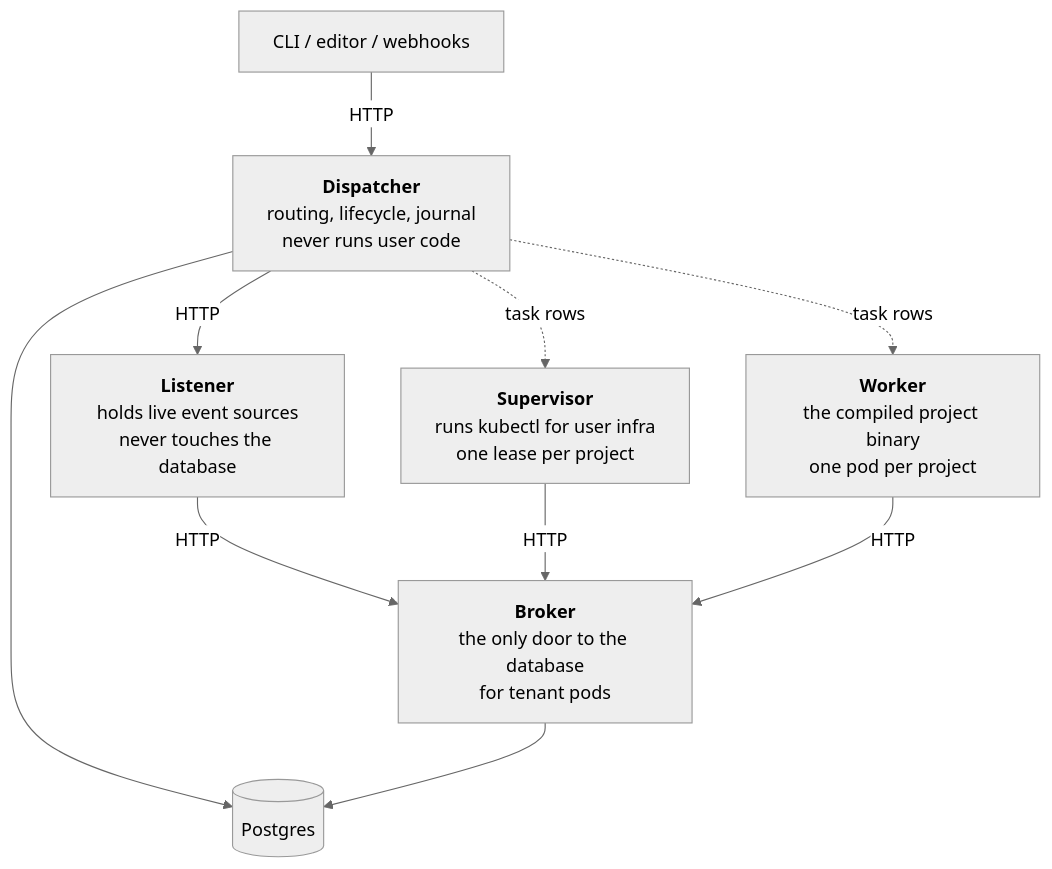
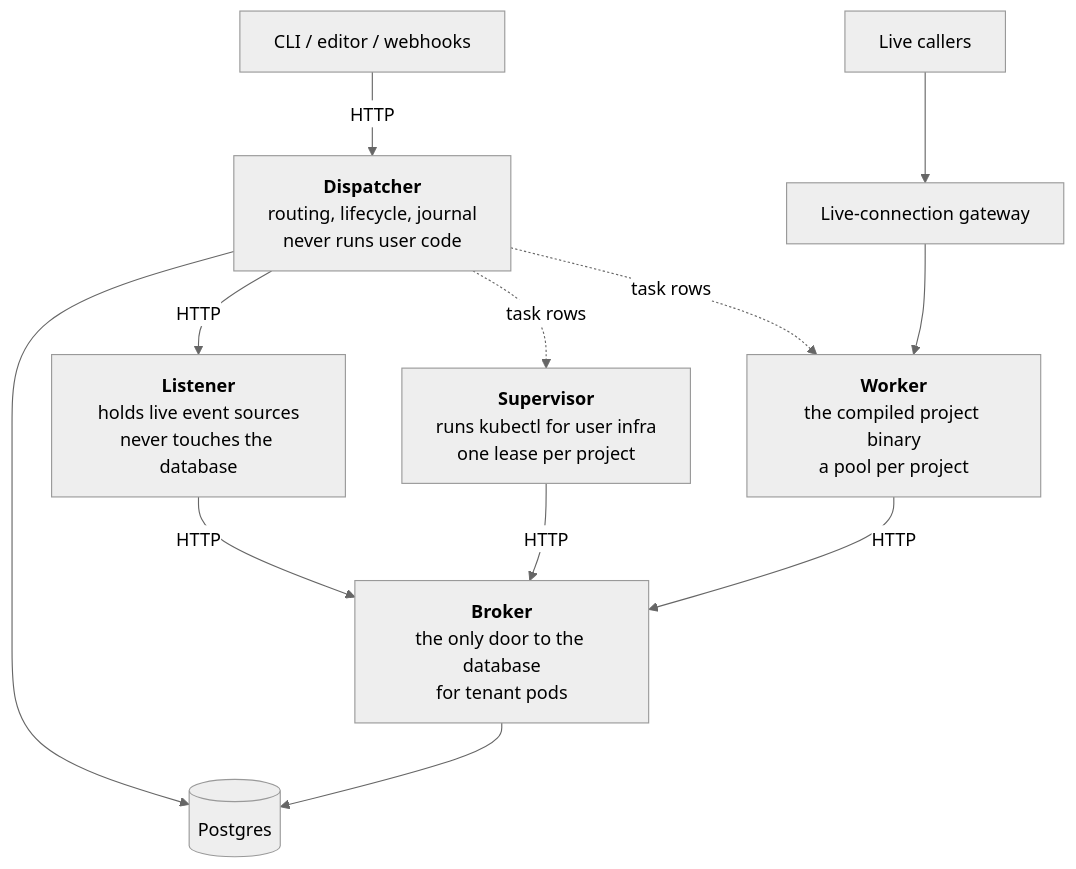
The diagram in docs/src/running/architecture.md (WeaveMindAI/weft), drawn with Mermaid (neutral theme) before and after one commit. The commit also changed other lines of this file and 424 other files, not shown here.

````diff
--- a/docs/src/running/architecture.md
+++ b/docs/src/running/architecture.md
@@ -7,13 +7,14 @@
 ```mermaid
 flowchart TD
     CLI["CLI / editor / webhooks"] -->|HTTP| D
     D["<b>Dispatcher</b><br/>routing, lifecycle, journal<br/>never runs user code"]
     D -->|HTTP| L["<b>Listener</b><br/>holds live event sources<br/>never touches the database"]
     D -.->|"task rows"| S["<b>Supervisor</b><br/>runs kubectl for user infra<br/>one lease per project"]
-    D -.->|"task rows"| W["<b>Worker</b><br/>the compiled project binary<br/>one pod per project"]
+    D -.->|"task rows"| W["<b>Worker</b><br/>the compiled project binary<br/>a pool per project"]
+    Caller["Live callers"] --> G["Live-connection gateway"] --> W
     L -->|HTTP| B
     S -->|HTTP| B
     W -->|HTTP| B["<b>Broker</b><br/>the only door to the database<br/>for tenant pods"]
     D --> PG[("Postgres")]
     B --> PG
 ```
````
